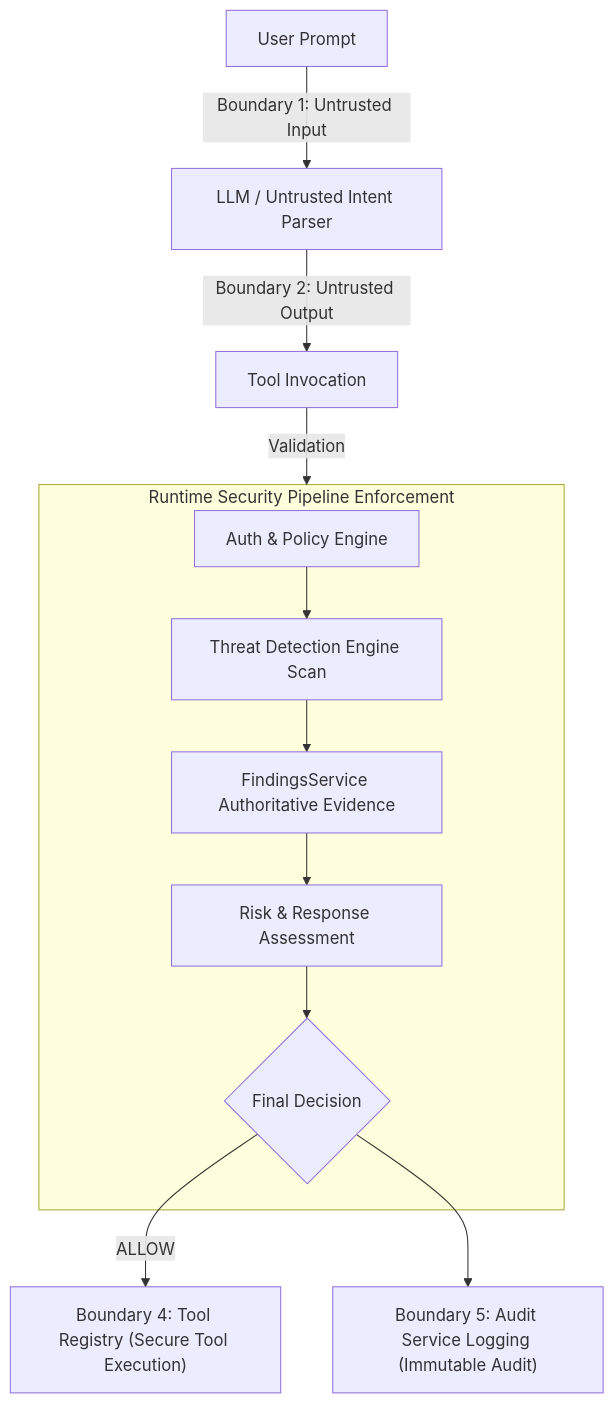
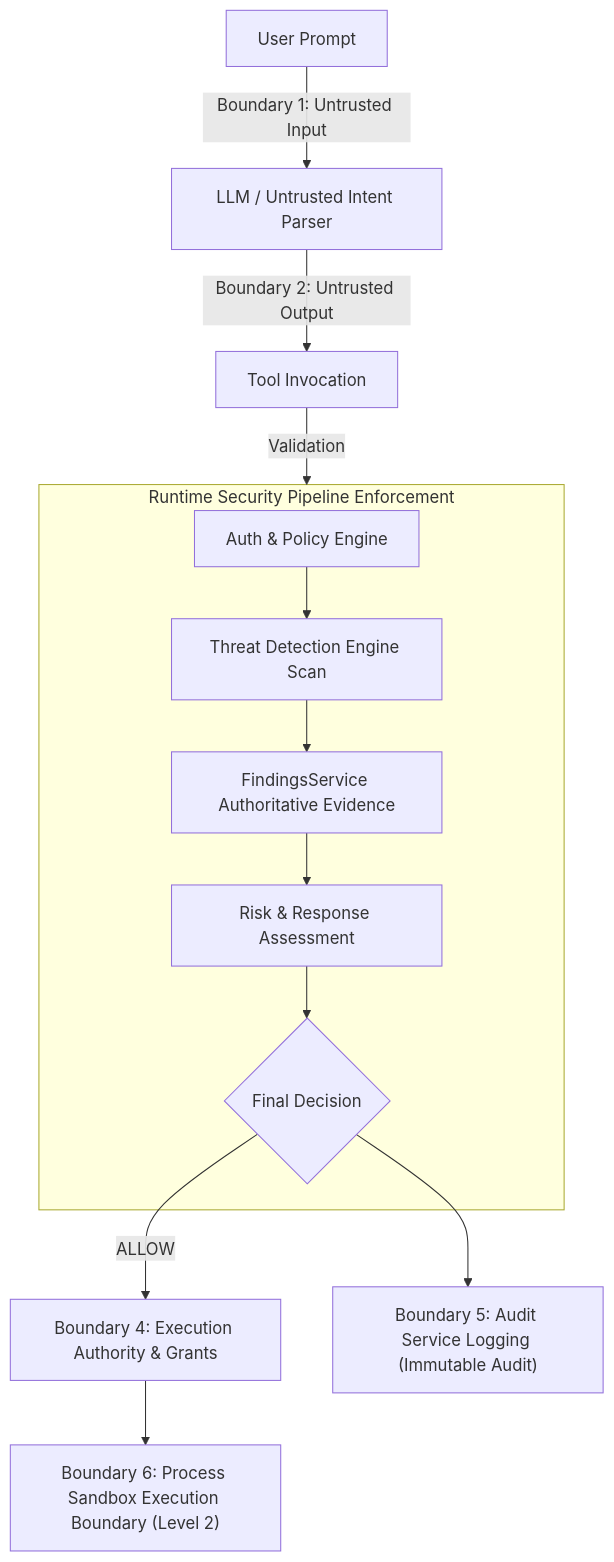
The diagram in docs/security/threat-model.md (mathurshubh/enterprise-agent-security-platform), drawn with Mermaid before and after one commit. The commit also changed other lines of this file and 60 other files, not shown here.

First line of the commit message:
Runtime tool execution isolation, provenance hardening, and production execution evidence (v0.17 → v0.17.2) (#195)

````diff
--- a/docs/security/threat-model.md
+++ b/docs/security/threat-model.md
@@ -64,16 +64,17 @@
 ```mermaid
 flowchart TD
     User[User Prompt] -->|Boundary 1: Untrusted Input| LLM[LLM / Untrusted Intent Parser]
     LLM -->|Boundary 2: Untrusted Output| ToolInvoc[Tool Invocation]
     ToolInvoc -->|Validation| SecBoundary["Boundary 3: Runtime Security Pipeline"]
     
     subgraph SecBoundary [Runtime Security Pipeline Enforcement]
         AuthPolicy[Auth & Policy Engine] --> DetEngine[Threat Detection Engine Scan]
         DetEngine --> Findings[FindingsService Authoritative Evidence]
         Findings --> RiskResp[Risk & Response Assessment]
         RiskResp --> FinalDec{Final Decision}
     end
 
-    FinalDec -->|ALLOW| AuthTool["Boundary 4: Tool Registry (Secure Tool Execution)"]
+    FinalDec -->|ALLOW| ExecAuth["Boundary 4: Execution Authority & Grants"]
+    ExecAuth --> Sandbox["Boundary 6: Process Sandbox Execution Boundary (Level 2)"]
     FinalDec --> Audit["Boundary 5: Audit Service Logging (Immutable Audit)"]
 ```
````
